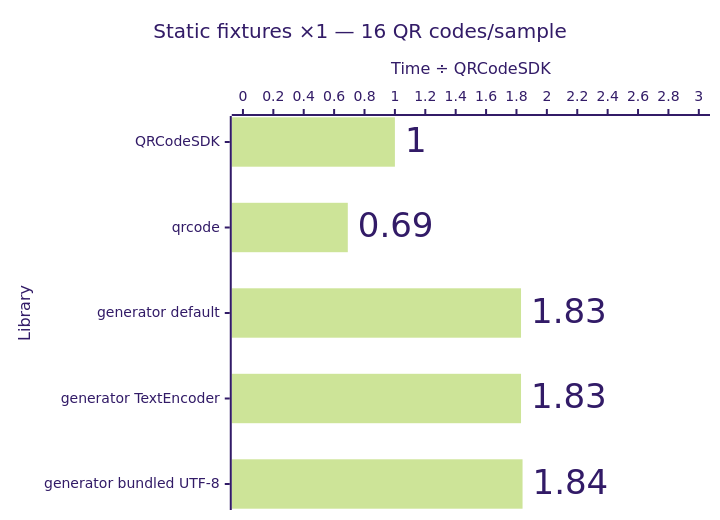
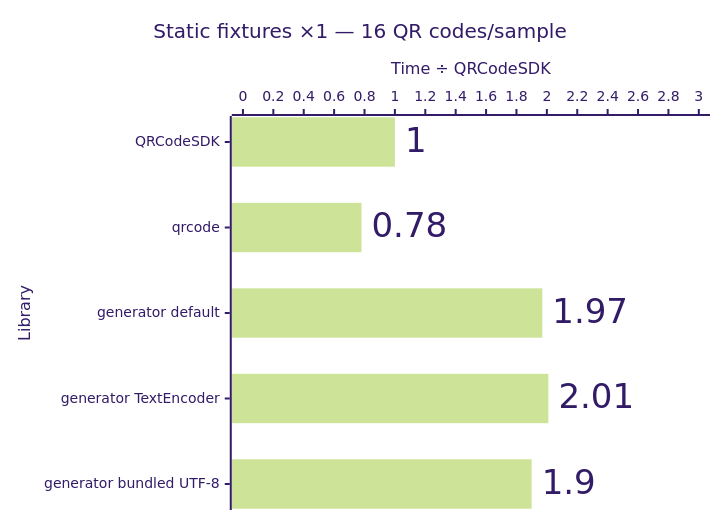
Before and after one commit to Dafnik/qrcodesdk: the seventh of 12 diagrams in apps/docs/src/content/docs/advanced/performance.md, drawn with Mermaid (forest theme). The commit also changed other lines of this file and 5 other files, not shown here.

````diff
--- a/apps/docs/src/content/docs/advanced/performance.md
+++ b/apps/docs/src/content/docs/advanced/performance.md
@@ -161,15 +161,15 @@
 ```mermaid
 ---
 config:
   xyChart:
     showDataLabel: true
     showDataLabelOutsideBar: true
 ---
 xychart horizontal
   accTitle: SVG generation: Static fixtures ×1 — 16 QR codes/sample
-  accDescr: Relative median time compared with QRCodeSDK. QRCodeSDK 1.00 times, qrcode 0.69 times, generator default 1.83 times, generator TextEncoder 1.83 times, generator bundled UTF-8 1.84 times. Lower is better.
+  accDescr: Relative median time compared with QRCodeSDK. QRCodeSDK 1.00 times, qrcode 0.78 times, generator default 1.97 times, generator TextEncoder 2.01 times, generator bundled UTF-8 1.90 times. Lower is better.
   title "Static fixtures ×1 — 16 QR codes/sample"
   x-axis "Library" ["QRCodeSDK", "qrcode", "generator default", "generator TextEncoder", "generator bundled UTF-8"]
   y-axis "Time ÷ QRCodeSDK" 0 --> 3.0
-  bar [1.00, 0.69, 1.83, 1.83, 1.84]
+  bar [1.00, 0.78, 1.97, 2.01, 1.90]
 ```
````
